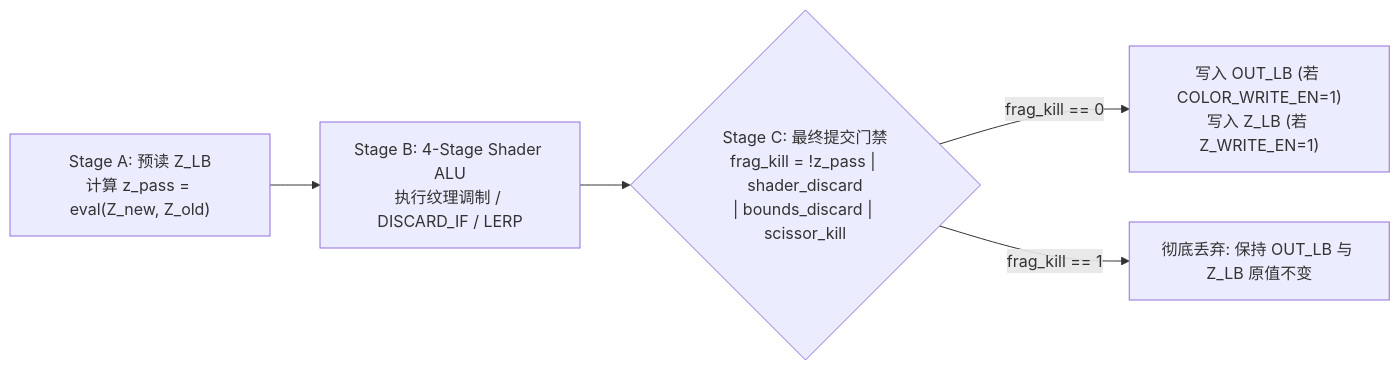
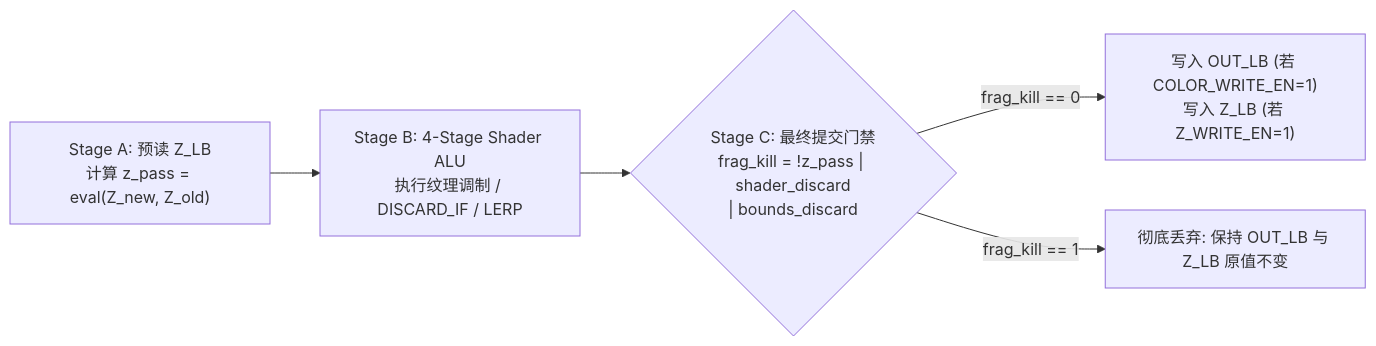
One commit to bearice/riscv-mini changed the third of 3 diagrams in docs/platforms/mega138k_ae350/gfx_3d.md. Above: the diagram before and after it, drawn with Mermaid. The commit also changed other lines of this file, not shown here.

````diff
--- a/docs/platforms/mega138k_ae350/gfx_3d.md
+++ b/docs/platforms/mega138k_ae350/gfx_3d.md
@@ -249,7 +290,7 @@
 ```mermaid
 flowchart LR
     A["Stage A: 预读 Z_LB<br/>计算 z_pass = eval(Z_new, Z_old)"] --> B["Stage B: 4-Stage Shader ALU<br/>执行纹理调制 / DISCARD_IF / LERP"]
-    B --> C{"Stage C: 最终提交门禁<br/>frag_kill = !z_pass | shader_discard<br/>| bounds_discard | scissor_kill"}
+    B --> C{"Stage C: 最终提交门禁<br/>frag_kill = !z_pass | shader_discard<br/>| bounds_discard"}
     C -->|frag_kill == 0| D["写入 OUT_LB (若 COLOR_WRITE_EN=1)<br/>写入 Z_LB (若 Z_WRITE_EN=1)"]
     C -->|frag_kill == 1| E["彻底丢弃: 保持 OUT_LB 与 Z_LB 原值不变"]
 ```
````
